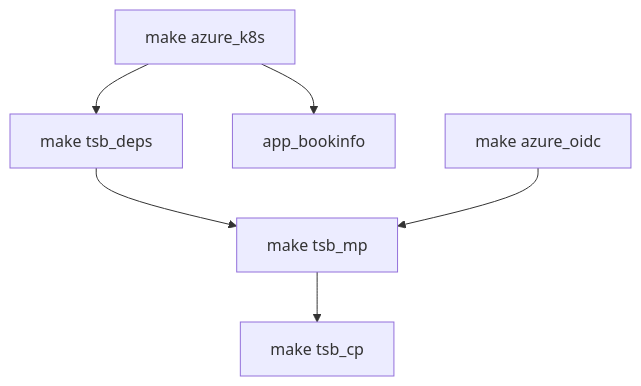
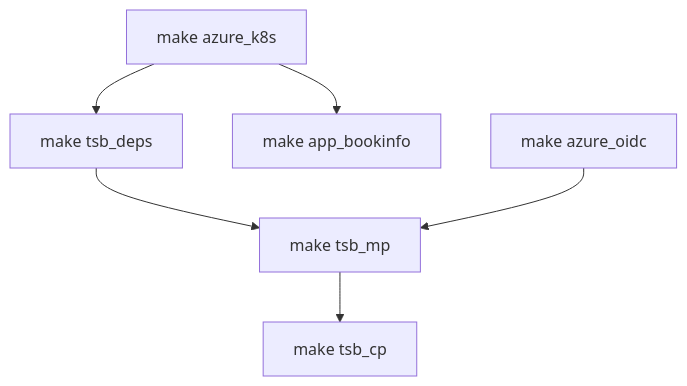
The diagram in README.md (tetratelabs/tetrate-service-bridge-sandbox), drawn with Mermaid before and after one commit.

````diff
--- a/README.md
+++ b/README.md
@@ -7,8 +7,8 @@
 ```mermaid
   graph TD;
-      A[make azure_k8s] --> B[make tsb_deps];
-      A[make azure_k8s] --> Z[app_bookinfo];
-      B[make tsb_deps] --> C[make tsb_mp];
-      Y[make azure_oidc] --> C[make tsb_mp];
-      C[make tsb_mp] --> D[make tsb_cp];
+      A[make azure_k8s] --> B[make tsb_deps]
+      A[make azure_k8s] --> Z[make app_bookinfo]
+      B[make tsb_deps] --> C[make tsb_mp]
+      Y[make azure_oidc] --> C[make tsb_mp]
+      C[make tsb_mp] --> D[make tsb_cp]
 ```
````
